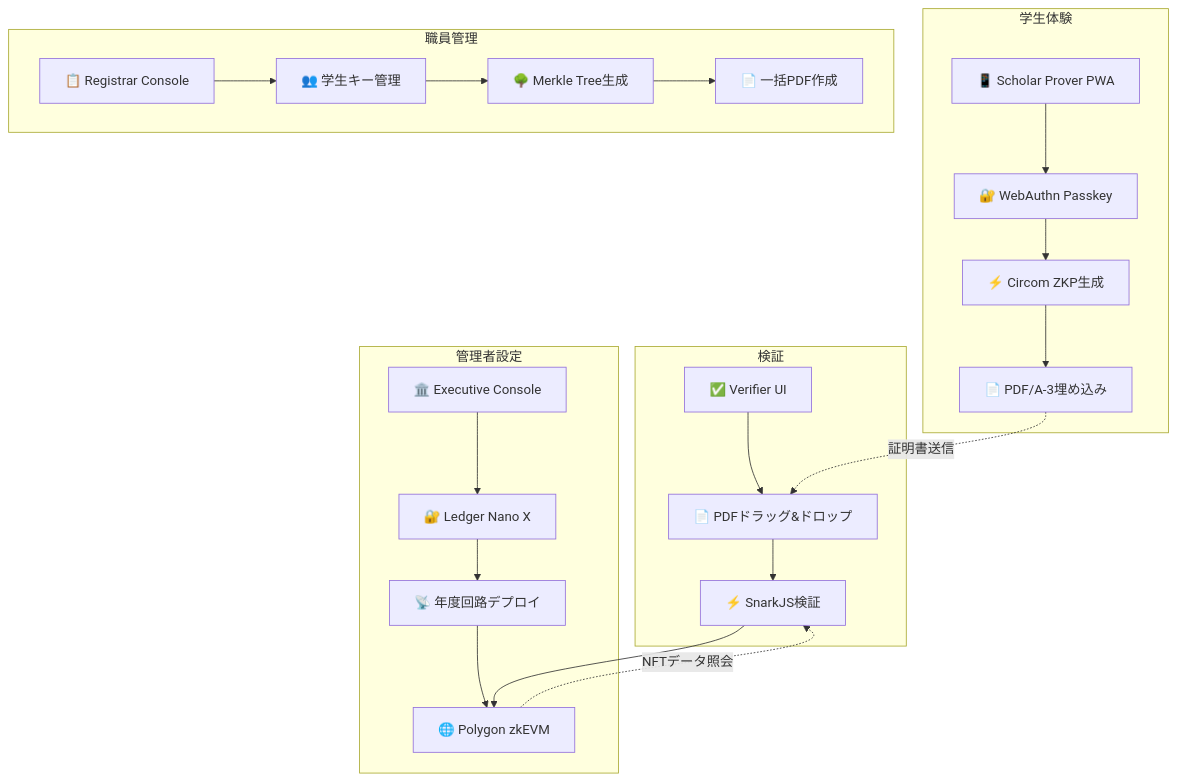
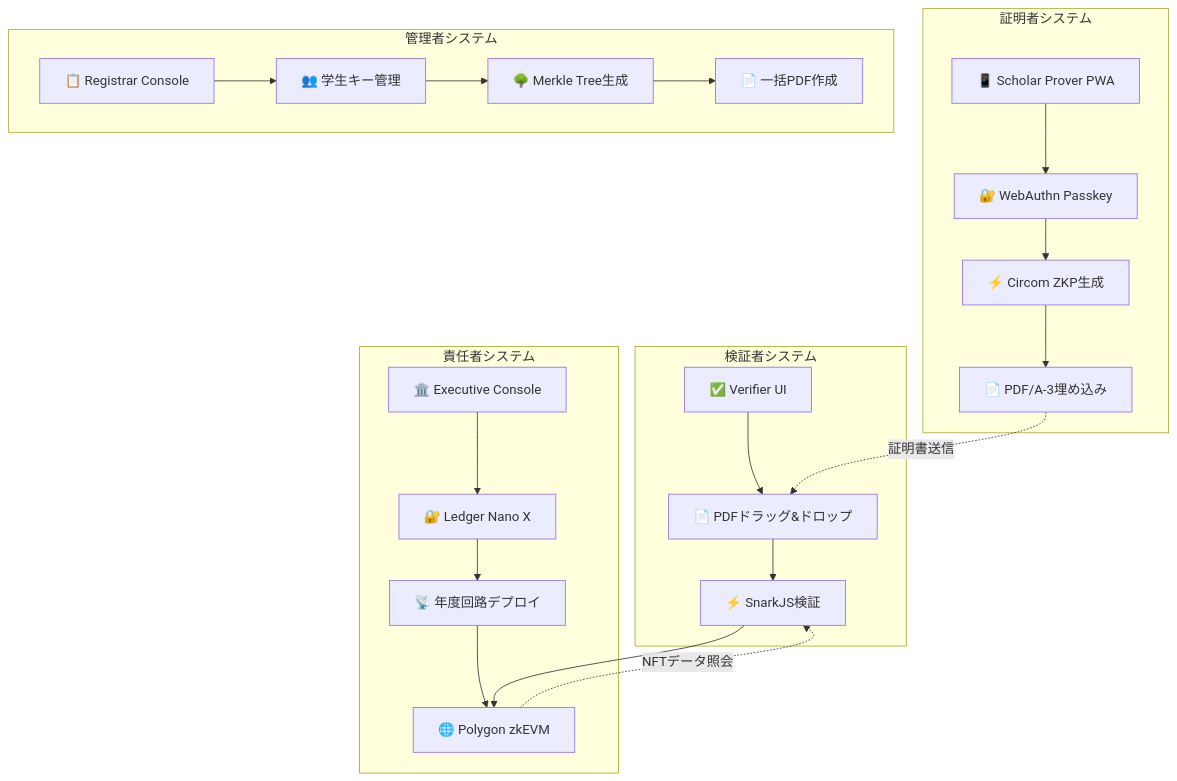
The first of 2 diagrams in README.md (Blank-Vulture/Tri-CertFramework), drawn with Mermaid before and after one commit. The commit also changed other lines of this file and 14 other files, not shown here.

````diff
--- a/README.md
+++ b/README.md
@@ -114,29 +114,29 @@
 ```mermaid
 graph TD
-    subgraph "学生体験"
+    subgraph "証明者システム"
         A[📱 Scholar Prover PWA] --> B[🔐 WebAuthn Passkey]
         B --> C[⚡ Circom ZKP生成]
         C --> D[📄 PDF/A-3埋め込み]
     end
     
-    subgraph "管理者設定"
+    subgraph "責任者システム"
         E[🏛️ Executive Console] --> F[🔐 Ledger Nano X]
         F --> G[📡 年度回路デプロイ]
         G --> H[🌐 Polygon zkEVM]
     end
     
-    subgraph "職員管理"
+    subgraph "管理者システム"
         I[📋 Registrar Console] --> J[👥 学生キー管理]
         J --> K[🌳 Merkle Tree生成]
         K --> L[📄 一括PDF作成]
     end
     
-    subgraph "検証"
+    subgraph "検証者システム"
         M[✅ Verifier UI] --> N[📄 PDFドラッグ&ドロップ]
         N --> O[⚡ SnarkJS検証]
         O --> H
     end
     
     D -.->|証明書送信| N
     H -.->|NFTデータ照会| O
 ```
````
